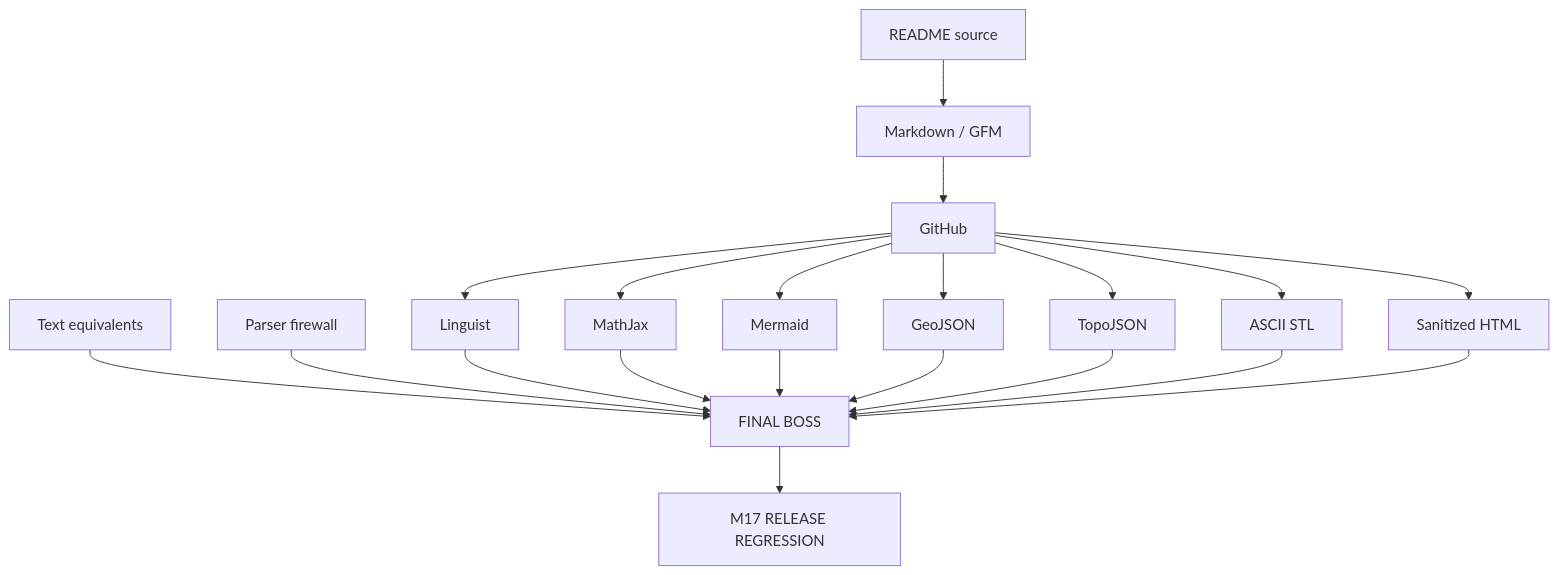
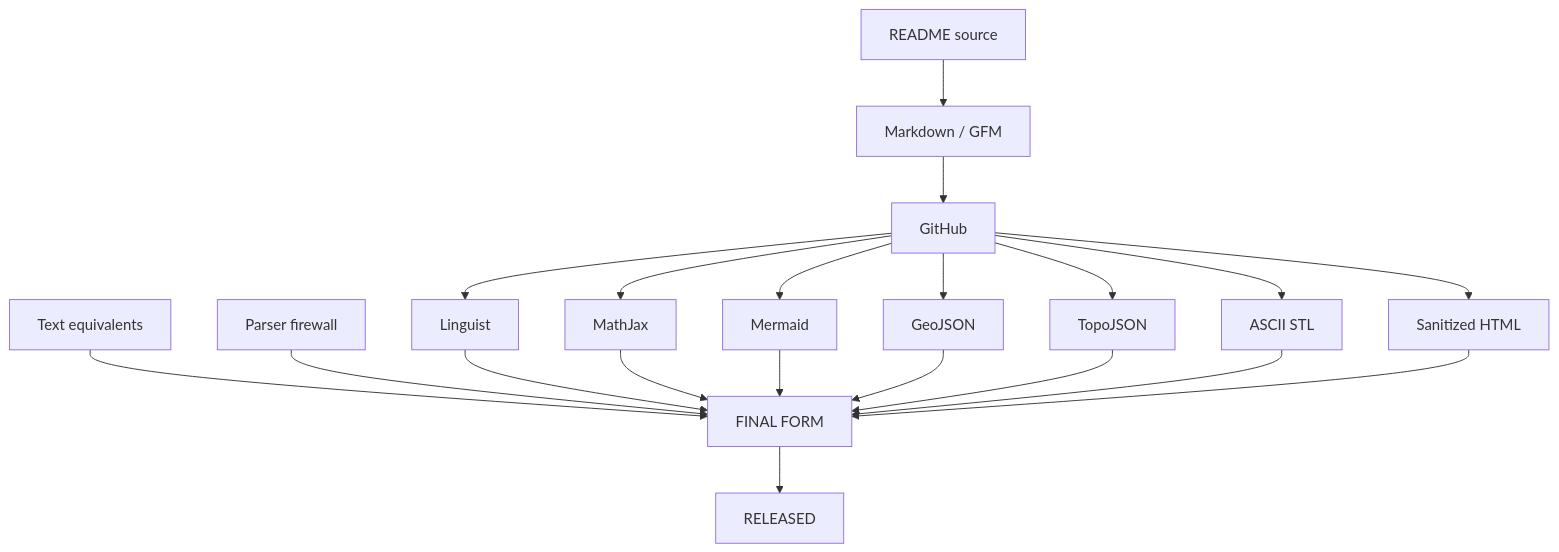
Diagram 16 of 16 in README.md (thiepn/markdown), drawn with Mermaid before and after one commit. The commit also changed other lines of this file, not shown here.

Commit message:
docs: finalize GitHub rendering regression and release

````diff
--- a/README.md
+++ b/README.md
@@ -1045,22 +1208,22 @@
 ```mermaid
 flowchart TB
     SRC[README source] --> MD[Markdown / GFM]
     MD --> GH[GitHub]
     GH --> CODE[Linguist]
     GH --> MATH[MathJax]
     GH --> MM[Mermaid]
     GH --> GEO[GeoJSON]
     GH --> TOPO[TopoJSON]
     GH --> STL[ASCII STL]
     GH --> HTML[Sanitized HTML]
-    FALLBACK[Text equivalents] --> BOSS[FINAL BOSS]
-    FIRE[Parser firewall] --> BOSS
-    CODE --> BOSS
-    MATH --> BOSS
-    MM --> BOSS
-    GEO --> BOSS
-    TOPO --> BOSS
-    STL --> BOSS
-    HTML --> BOSS
-    BOSS --> M17[M17 RELEASE REGRESSION]
+    FALLBACK[Text equivalents] --> FINAL[FINAL FORM]
+    FIRE[Parser firewall] --> FINAL
+    CODE --> FINAL
+    MATH --> FINAL
+    MM --> FINAL
+    GEO --> FINAL
+    TOPO --> FINAL
+    STL --> FINAL
+    HTML --> FINAL
+    FINAL --> RELEASED[RELEASED]
 ```
````
